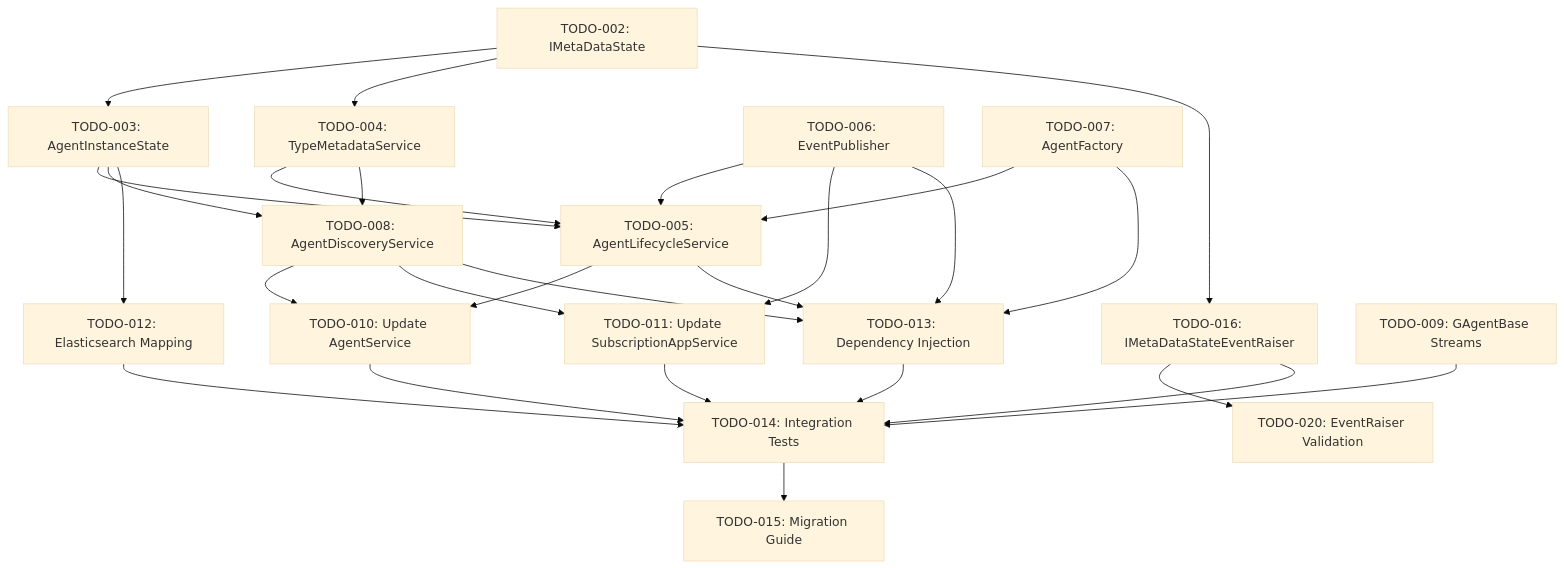
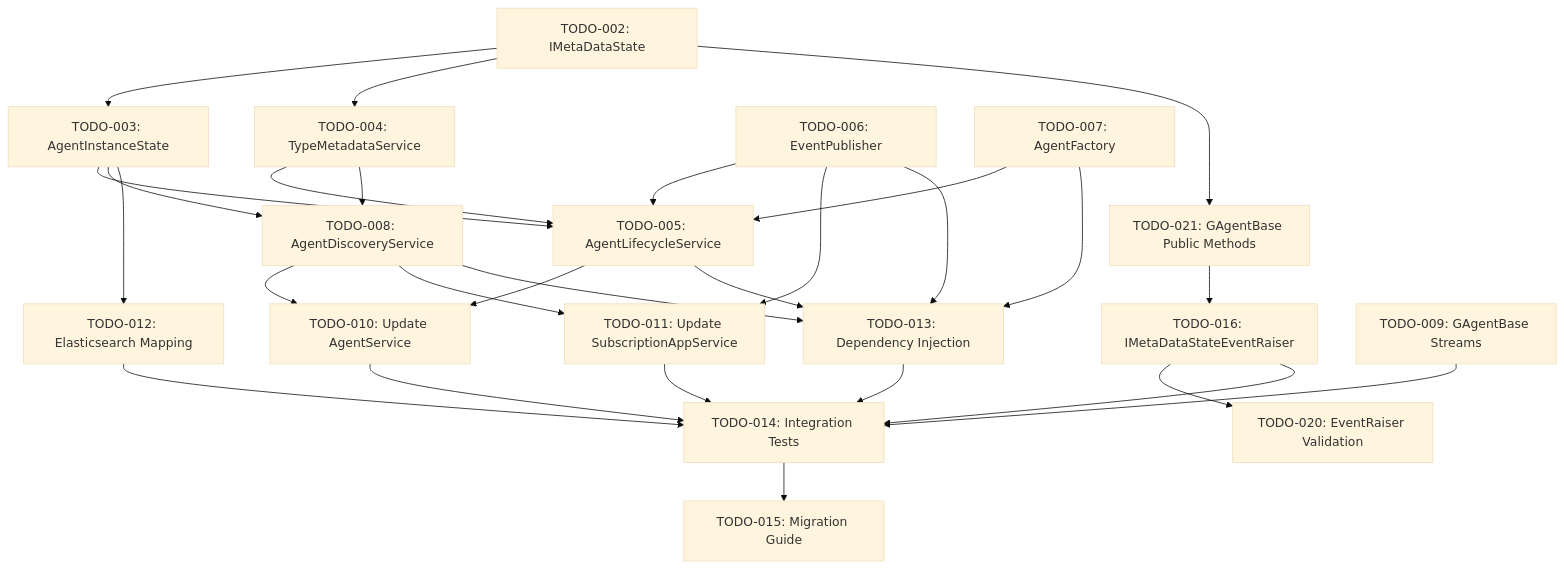
One commit to aevatarAI/aevatar-station changed the diagram in station/docs/todos/README.md. Above: the diagram before and after it, drawn with Mermaid (base theme). The commit also changed other lines of this file and 1 other file, not shown here.

First line of the commit message:
feat: add TODO-021 for GAgentBase public methods requirement

````diff
--- a/station/docs/todos/README.md
+++ b/station/docs/todos/README.md
@@ -53,35 +54,36 @@
 ```mermaid
 graph TD
     A[TODO-002: IMetaDataState] --> B[TODO-003: AgentInstanceState]
     A --> D[TODO-004: TypeMetadataService]
-    A --> P[TODO-016: IMetaDataStateEventRaiser]
+    A --> R[TODO-021: GAgentBase Public Methods]
+    R --> P[TODO-016: IMetaDataStateEventRaiser]
     B --> E[TODO-005: AgentLifecycleService]
     B --> H[TODO-008: AgentDiscoveryService]
     B --> L[TODO-012: Elasticsearch Mapping]
     
     F[TODO-006: EventPublisher] --> E
     G[TODO-007: AgentFactory] --> E
     D --> E
     D --> H
     
     E --> J[TODO-010: Update AgentService]
     F --> K[TODO-011: Update SubscriptionAppService]
     H --> J
     H --> K
     
     E --> M[TODO-013: Dependency Injection]
     F --> M
     G --> M
     H --> M
     
     P --> T[TODO-020: EventRaiser Validation]
     
     I[TODO-009: GAgentBase Streams] --> N[TODO-014: Integration Tests]
     J --> N
     K --> N
     L --> N
     M --> N
     P --> N
     
     N --> O[TODO-015: Migration Guide]
 ```
````
